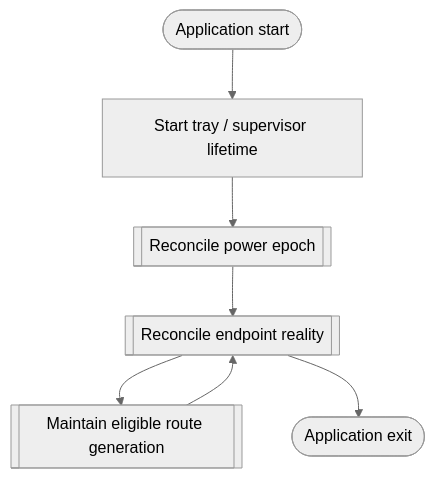
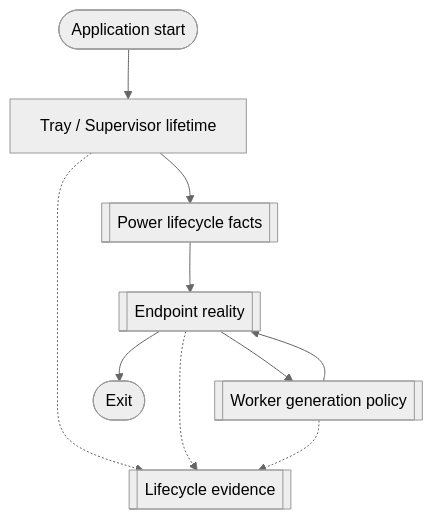
The diagram in VF/round4-shell.vf.md (STanJK/LE-Audio-Relay), drawn with Mermaid (neutral theme) before and after one commit. The commit also changed other lines of this file and 10 other files, not shown here.

Commit message:
docs(vfkb): refactor current semantic graph around ownership and liveness

````diff
--- a/VF/round4-shell.vf.md
+++ b/VF/round4-shell.vf.md
@@ -89,34 +89,29 @@
 ```mermaid
 flowchart TD
-    %% vf:flow id="product-lifetime"
+    start(["Application start"])
+    tray["Tray / Supervisor lifetime"]
 
-    %% vf:element kind="input"
-    start(["Application start"])
+    %% vf:expand node="leaudio-router.round4-shell.power-lifecycle"
+    power[["Power lifecycle facts"]]
 
-    %% vf:element kind="action"
-    %% vf:op call target="Application.Run" args="TrayApplicationContext" source="program"
-    tray["Start tray / supervisor lifetime"]
+    %% vf:expand node="leaudio-router.round4-shell.endpoint-lifecycle"
+    endpoint[["Endpoint reality"]]
 
-    %% vf:element kind="child"
-    %% vf:expand node="leaudio-router.round4-shell.power-lifecycle"
-    power[["Reconcile power epoch"]]
+    %% vf:expand node="leaudio-router.round4-shell.worker-generation"
+    worker[["Worker generation policy"]]
 
-    %% vf:element kind="child"
-    %% vf:expand node="leaudio-router.round4-shell.endpoint-lifecycle"
-    lifecycle[["Reconcile endpoint reality"]]
+    %% vf:expand node="leaudio-router.round4-shell.lifecycle-journal"
+    journal[["Lifecycle evidence"]]
 
-    %% vf:element kind="child"
-    %% vf:expand node="leaudio-router.round4-shell.worker-generation"
-    worker[["Maintain eligible route generation"]]
-
-    %% vf:element kind="output"
-    %% vf:op return value="0" source="program"
-    exit(["Application exit"])
+    exit(["Exit"])
 
     start --> tray
     tray --> power
-    power --> lifecycle
-    lifecycle --> worker
-    worker --> lifecycle
-    lifecycle --> exit
+    power --> endpoint
+    endpoint --> worker
+    worker --> endpoint
+    tray -.-> journal
+    endpoint -.-> journal
+    worker -.-> journal
+    endpoint --> exit
 ```
````
